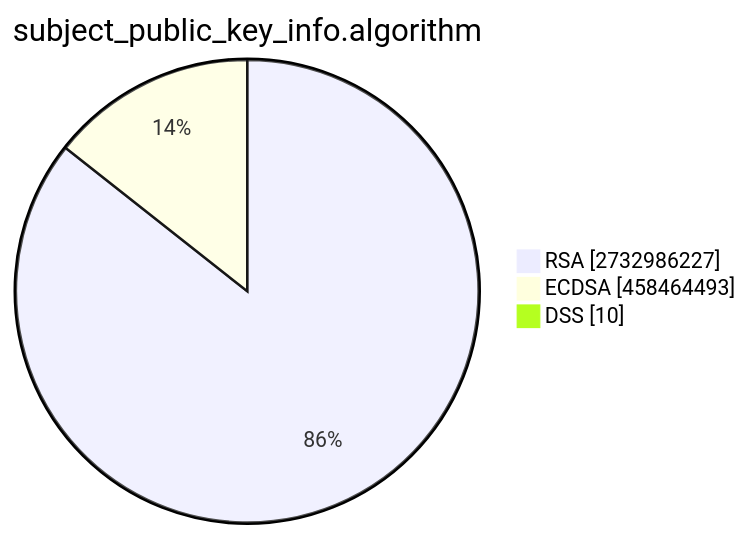
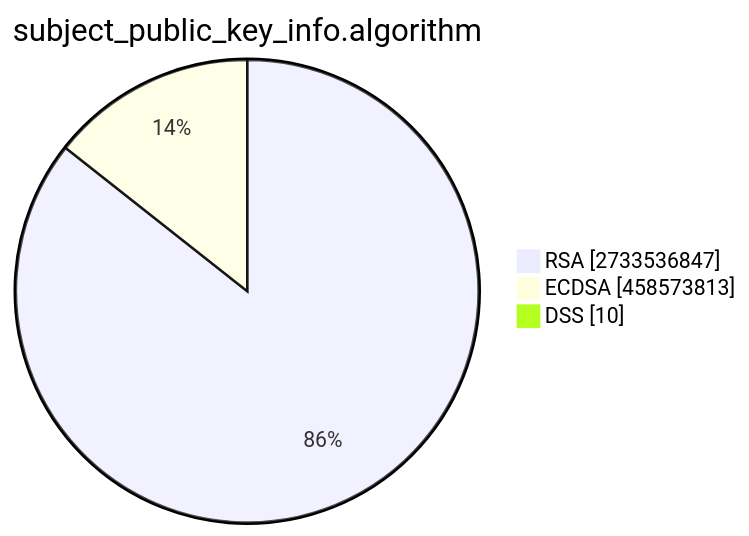
The second of 15 diagrams in TOTAL/README.md (christiankrug/ctmonitor_visualization), drawn with Mermaid before and after one commit. The commit also changed other lines of this file, not shown here.

````diff
--- a/TOTAL/README.md
+++ b/TOTAL/README.md
@@ -6,7 +6,7 @@
 ```mermaid
 pie showData
 title subject_public_key_info.algorithm
-"RSA" :2732986227
-"ECDSA" :458464493
+"RSA" :2733536847
+"ECDSA" :458573813
 "DSS" :10
 ```
````
